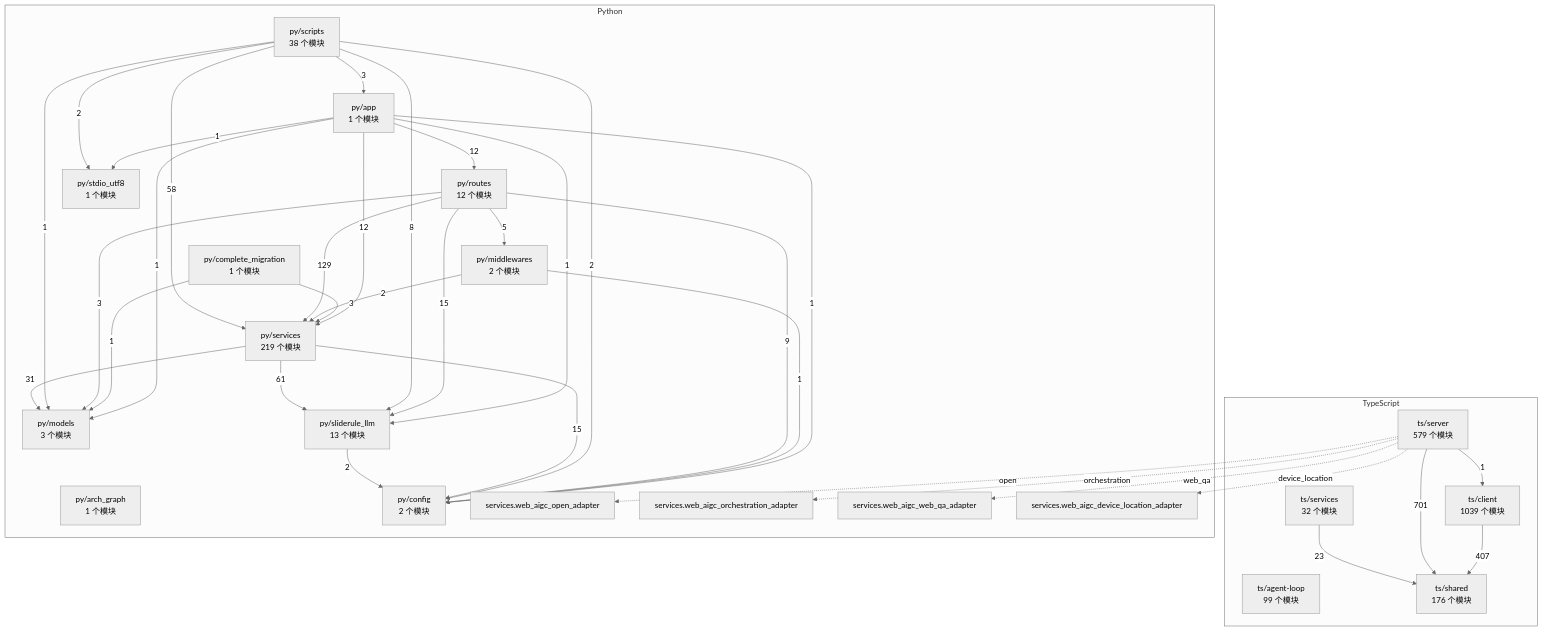
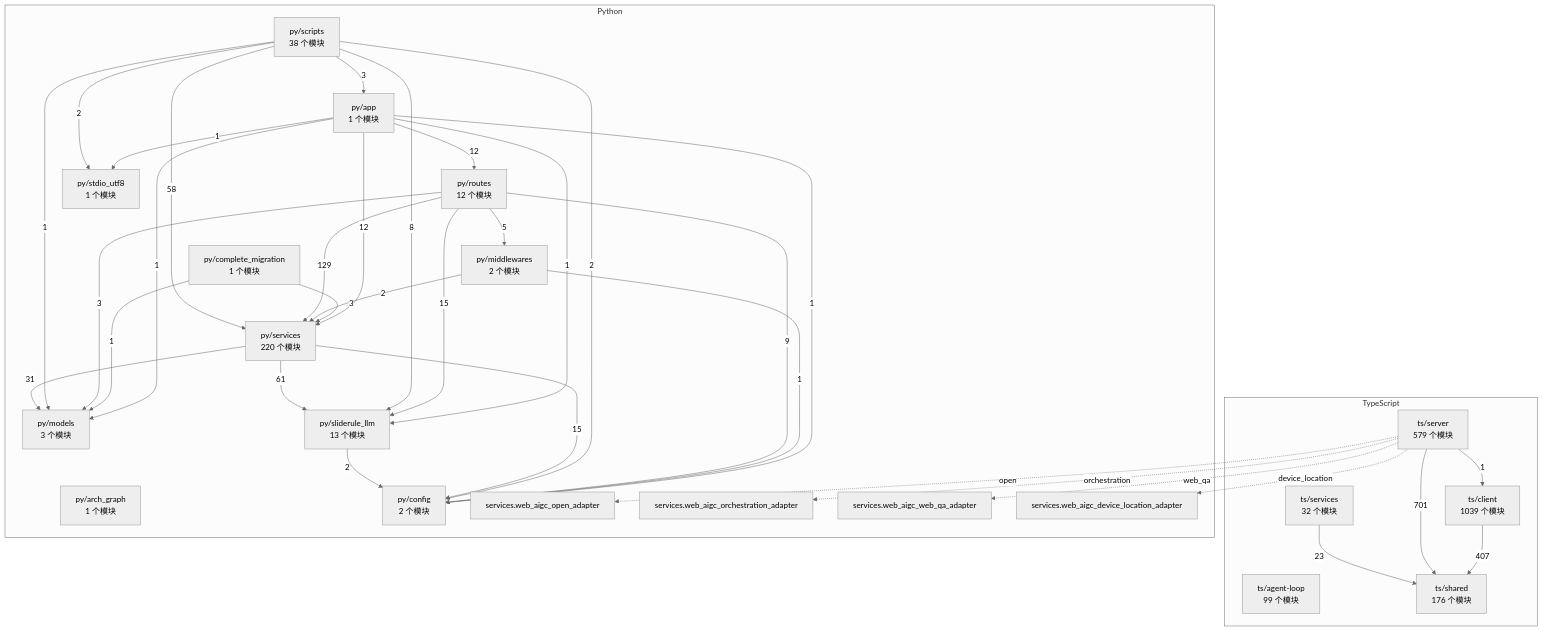
One commit to 2686521696/WhyBuddy changed the diagram in docs/WhyBuddy 全仓架构图（自动生成）.md. Above: the diagram before and after it, drawn with Mermaid (neutral theme). The commit also changed 7 other files, not shown here.

````diff
--- a/docs/WhyBuddy 全仓架构图（自动生成）.md
+++ b/docs/WhyBuddy 全仓架构图（自动生成）.md
@@ -14,60 +14,60 @@
 ```mermaid
 flowchart TB
   subgraph ts [TypeScript]
     ts_agent_loop["ts/agent-loop<br/>99 个模块"]
     ts_client["ts/client<br/>1039 个模块"]
     ts_server["ts/server<br/>579 个模块"]
     ts_services["ts/services<br/>32 个模块"]
     ts_shared["ts/shared<br/>176 个模块"]
   end
   subgraph py [Python]
     py_app["py/app<br/>1 个模块"]
     py_arch_graph["py/arch_graph<br/>1 个模块"]
     py_complete_migration["py/complete_migration<br/>1 个模块"]
     py_config["py/config<br/>2 个模块"]
     py_middlewares["py/middlewares<br/>2 个模块"]
     py_models["py/models<br/>3 个模块"]
     py_routes["py/routes<br/>12 个模块"]
     py_scripts["py/scripts<br/>38 个模块"]
-    py_services["py/services<br/>219 个模块"]
+    py_services["py/services<br/>220 个模块"]
     py_sliderule_llm["py/sliderule_llm<br/>13 个模块"]
     py_stdio_utf8["py/stdio_utf8<br/>1 个模块"]
     py_services_web_aigc_open_adapter["services.web_aigc_open_adapter"]
     py_services_web_aigc_orchestration_adapter["services.web_aigc_orchestration_adapter"]
     py_services_web_aigc_web_qa_adapter["services.web_aigc_web_qa_adapter"]
     py_services_web_aigc_device_location_adapter["services.web_aigc_device_location_adapter"]
   end
   ts_client -->|407| ts_shared
   ts_server -->|1| ts_client
   ts_server -->|701| ts_shared
   ts_services -->|23| ts_shared
   py_app -->|1| py_config
   py_app -->|1| py_models
   py_app -->|12| py_routes
   py_app -->|12| py_services
   py_app -->|1| py_sliderule_llm
   py_app -->|1| py_stdio_utf8
   py_complete_migration -->|1| py_models
   py_complete_migration -->|3| py_services
   py_middlewares -->|1| py_config
   py_middlewares -->|2| py_services
   py_routes -->|9| py_config
   py_routes -->|5| py_middlewares
   py_routes -->|3| py_models
   py_routes -->|129| py_services
   py_routes -->|15| py_sliderule_llm
   py_scripts -->|3| py_app
   py_scripts -->|2| py_config
   py_scripts -->|1| py_models
   py_scripts -->|58| py_services
   py_scripts -->|8| py_sliderule_llm
   py_scripts -->|2| py_stdio_utf8
   py_services -->|15| py_config
   py_services -->|31| py_models
   py_services -->|61| py_sliderule_llm
   py_sliderule_llm -->|2| py_config
   ts_server -.->|open| py_services_web_aigc_open_adapter
   ts_server -.->|orchestration| py_services_web_aigc_orchestration_adapter
   ts_server -.->|web_qa| py_services_web_aigc_web_qa_adapter
   ts_server -.->|device_location| py_services_web_aigc_device_location_adapter
 ```
````
